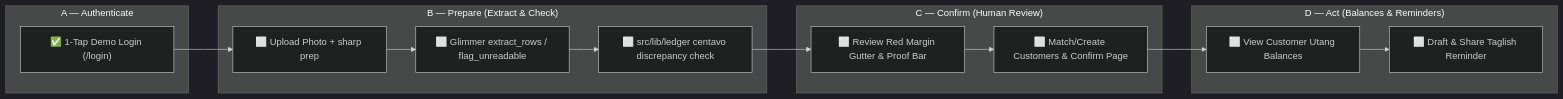
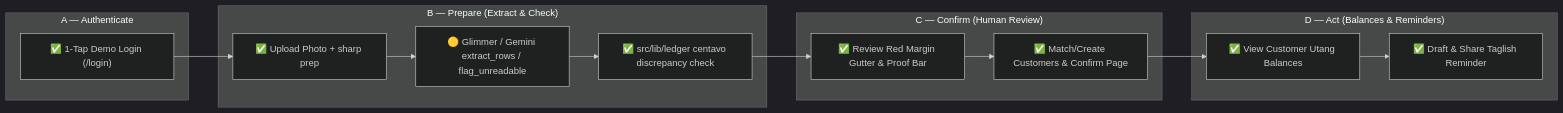
The second of 5 diagrams in docs/flow.md (ejay-detera/talaan), drawn with Mermaid (dark theme) before and after one commit. The commit also changed other lines of this file and 31 other files, not shown here.

````diff
--- a/docs/flow.md
+++ b/docs/flow.md
@@ -44,20 +44,20 @@
 ```mermaid
 flowchart LR
   subgraph A ["A — Authenticate"]
     A1["✅ 1-Tap Demo Login (/login)"]
   end
   subgraph B ["B — Prepare (Extract & Check)"]
-    B1["⬜ Upload Photo + sharp prep"]
-    B2["⬜ Glimmer extract_rows / flag_unreadable"]
-    B3["⬜ src/lib/ledger centavo discrepancy check"]
+    B1["✅ Upload Photo + sharp prep"]
+    B2["🟡 Glimmer / Gemini extract_rows / flag_unreadable"]
+    B3["✅ src/lib/ledger centavo discrepancy check"]
   end
   subgraph C ["C — Confirm (Human Review)"]
-    C1["⬜ Review Red Margin Gutter & Proof Bar"]
-    C2["⬜ Match/Create Customers & Confirm Page"]
+    C1["✅ Review Red Margin Gutter & Proof Bar"]
+    C2["✅ Match/Create Customers & Confirm Page"]
   end
   subgraph D ["D — Act (Balances & Reminders)"]
-    D1["⬜ View Customer Utang Balances"]
-    D2["⬜ Draft & Share Taglish Reminder"]
+    D1["✅ View Customer Utang Balances"]
+    D2["✅ Draft & Share Taglish Reminder"]
   end
   A1 --> B1 --> B2 --> B3 --> C1 --> C2 --> D1 --> D2
 ```
````
